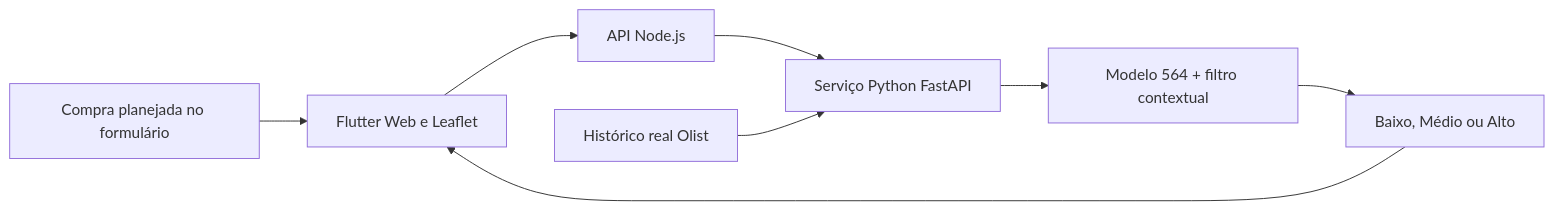
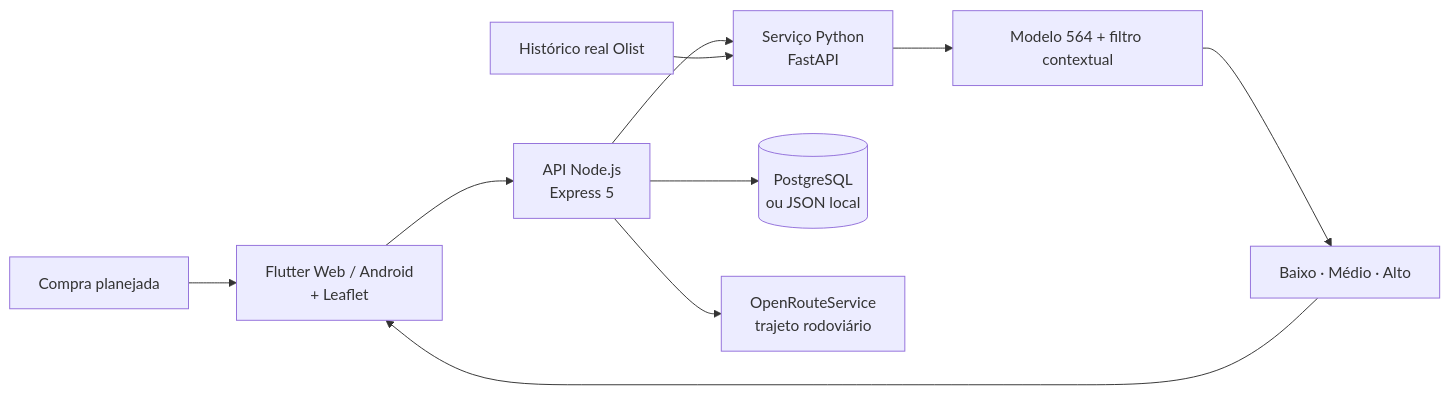
The diagram in README.md (hallwaytechgrupo/LogiPredictAI), drawn with Mermaid before and after one commit. The commit also changed other lines of this file, not shown here.

````diff
--- a/README.md
+++ b/README.md
@@ -33,10 +69,12 @@
 ```mermaid
 flowchart LR
-    U[Compra planejada no formulário] --> F[Flutter Web e Leaflet]
-    F --> N[API Node.js]
-    N --> P[Serviço Python FastAPI]
+    U[Compra planejada] --> F[Flutter Web / Android<br/>+ Leaflet]
+    F --> N[API Node.js<br/>Express 5]
+    N --> P[Serviço Python<br/>FastAPI]
     P --> M[Modelo 564 + filtro contextual]
-    M --> R[Baixo, Médio ou Alto]
+    M --> R[Baixo · Médio · Alto]
     R --> F
     H[Histórico real Olist] --> P
+    N --> DB[(PostgreSQL<br/>ou JSON local)]
+    N --> O[OpenRouteService<br/>trajeto rodoviário]
 ```
````
